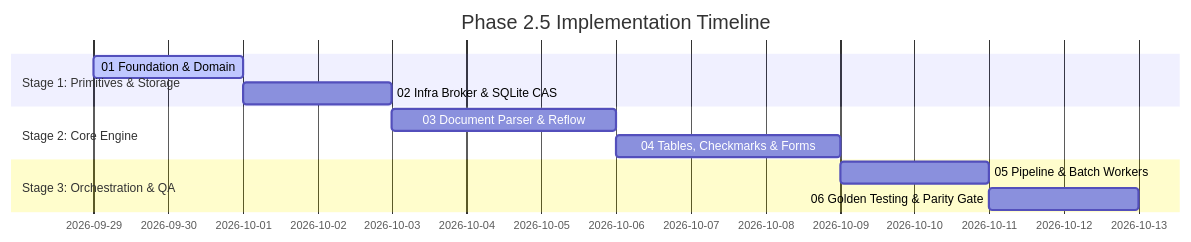
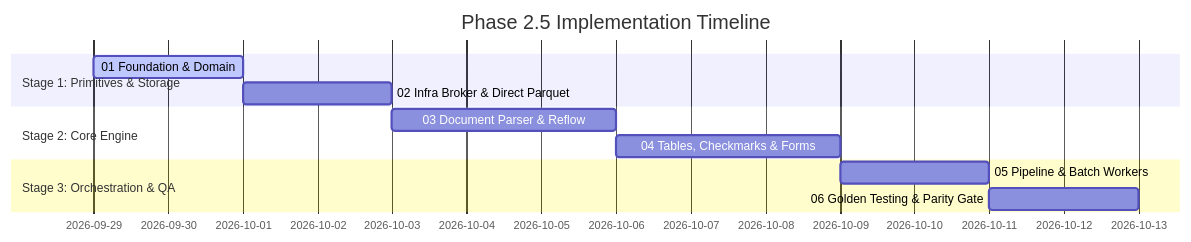
One commit to DerivedFunction01/edgar-sec changed the third of 3 diagrams in roadmap/refactor_v2/phase_2_5.md. Above: the diagram before and after it, drawn with Mermaid. The commit also changed other lines of this file and 242 other files, not shown here.

````diff
--- a/roadmap/refactor_v2/phase_2_5.md
+++ b/roadmap/refactor_v2/phase_2_5.md
@@ -148,14 +174,14 @@
 ```mermaid
 gantt
     title Phase 2.5 Implementation Timeline
     dateFormat  YYYY-MM-DD
     section Stage 1: Primitives & Storage
     01 Foundation & Domain          :active, s1, 2026-09-29, 2d
-    02 Infra Broker & SQLite CAS    :s2, after s1, 2d
+    02 Infra Broker & Direct Parquet:s2, after s1, 2d
     section Stage 2: Core Engine
     03 Document Parser & Reflow     :s3, after s2, 3d
     04 Tables, Checkmarks & Forms   :s4, after s3, 3d
     section Stage 3: Orchestration & QA
     05 Pipeline & Batch Workers     :s5, after s4, 2d
     06 Golden Testing & Parity Gate :s6, after s5, 2d
 ```
````
